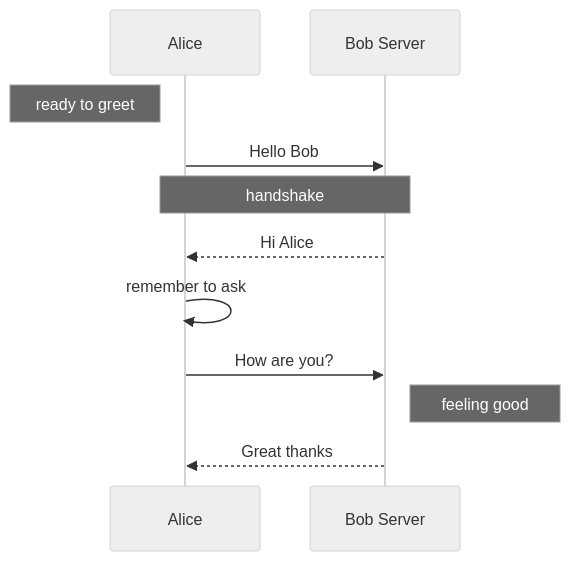
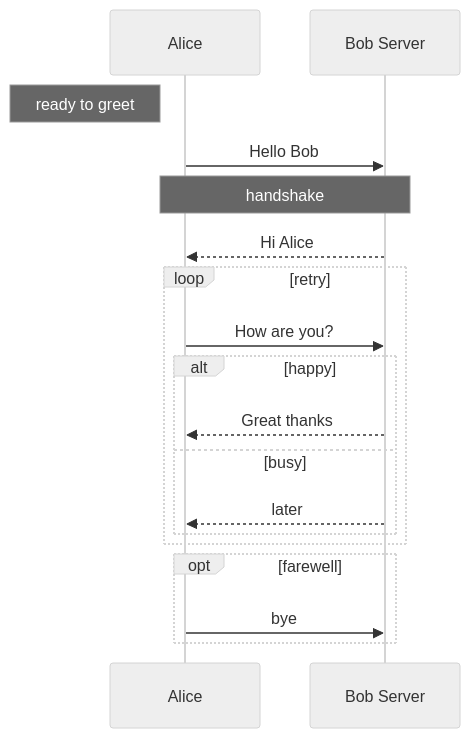
Before and after one commit to yingkitw/diagram: the diagram in examples/sequence.mmd, drawn with Mermaid (neutral theme). The commit also changed 10 other files, not shown here.

First line of the commit message:
Enhance diagram tool with support for fragments and notes in sequence and class diagrams

```diff
--- a/examples/sequence.mmd
+++ b/examples/sequence.mmd
@@ -1,11 +1,18 @@
 sequenceDiagram
     participant Alice
     participant Bob as Bob Server
     Note left of Alice: ready to greet
     Alice->>Bob: Hello Bob
     Note over Alice,Bob: handshake
     Bob-->>Alice: Hi Alice
-    Alice->>Alice: remember to ask
-    Alice->>Bob: How are you?
-    Note right of Bob: feeling good
-    Bob-->>Alice: Great thanks
+    loop retry
+        Alice->>Bob: How are you?
+        alt happy
+            Bob-->>Alice: Great thanks
+        else busy
+            Bob-->>Alice: later
+        end
+    end
+    opt farewell
+        Alice->>Bob: bye
+    end
```
